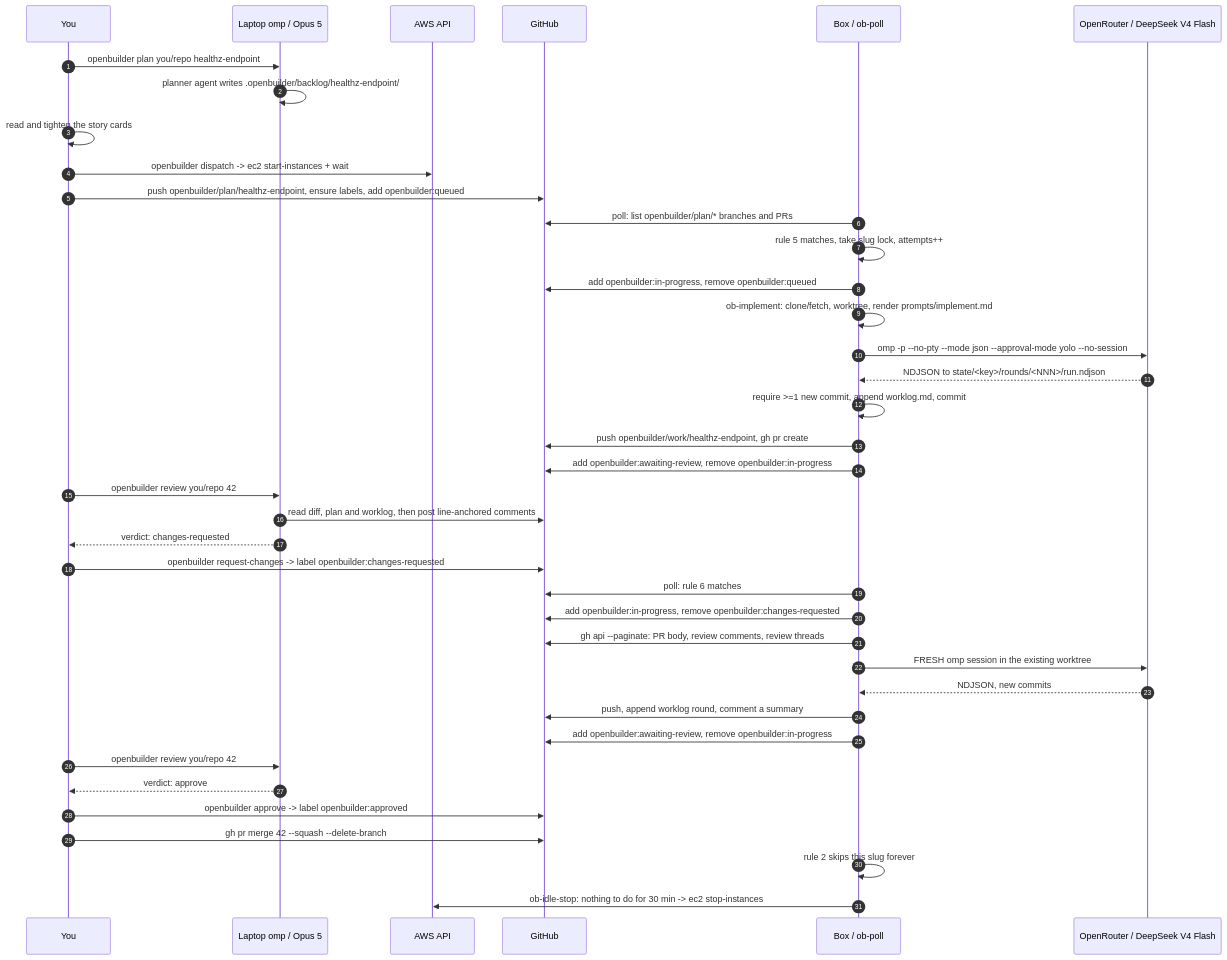
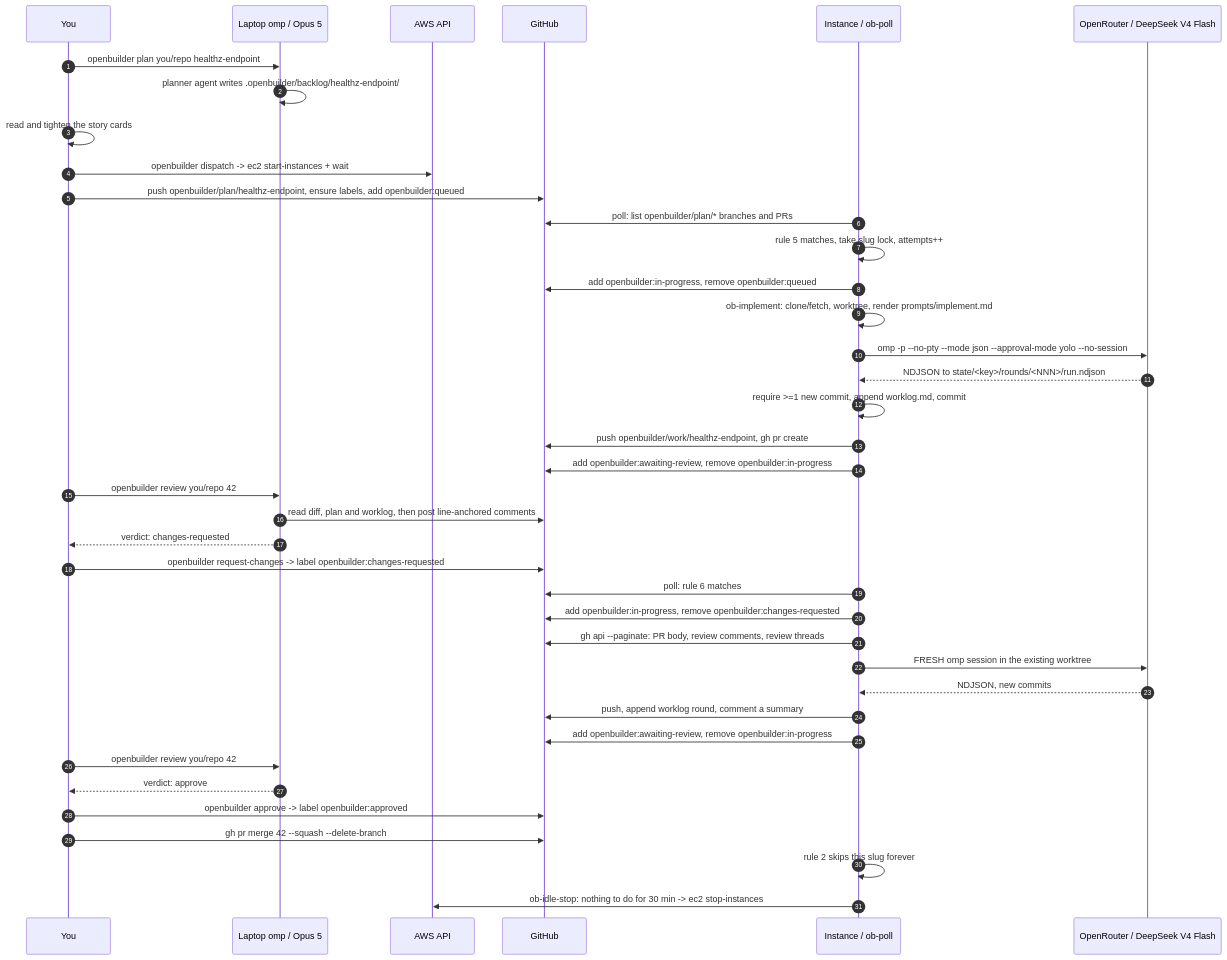
The second of 2 diagrams in docs/architecture.md (artemkurylo/openbuilder), drawn with Mermaid before and after one commit. The commit also changed other lines of this file and 33 other files, not shown here.

````diff
--- a/docs/architecture.md
+++ b/docs/architecture.md
@@ -156,42 +156,42 @@
 ```mermaid
 sequenceDiagram
     autonumber
     participant U as You
     participant L as Laptop omp / Opus 5
     participant A as AWS API
     participant G as GitHub
-    participant B as Box / ob-poll
+    participant B as Instance / ob-poll
     participant M as OpenRouter / DeepSeek V4 Flash
 
     U->>L: openbuilder plan you/repo healthz-endpoint
     L->>L: planner agent writes .openbuilder/backlog/healthz-endpoint/
     U->>U: read and tighten the story cards
     U->>A: openbuilder dispatch -> ec2 start-instances + wait
     U->>G: push openbuilder/plan/healthz-endpoint, ensure labels, add openbuilder:queued
     B->>G: poll: list openbuilder/plan/* branches and PRs
     B->>B: rule 5 matches, take slug lock, attempts++
     B->>G: add openbuilder:in-progress, remove openbuilder:queued
     B->>B: ob-implement: clone/fetch, worktree, render prompts/implement.md
     B->>M: omp -p --no-pty --mode json --approval-mode yolo --no-session
     M-->>B: NDJSON to state/<key>/rounds/<NNN>/run.ndjson
     B->>B: require >=1 new commit, append worklog.md, commit
     B->>G: push openbuilder/work/healthz-endpoint, gh pr create
     B->>G: add openbuilder:awaiting-review, remove openbuilder:in-progress
     U->>L: openbuilder review you/repo 42
     L->>G: read diff, plan and worklog, then post line-anchored comments
     L-->>U: verdict: changes-requested
     U->>G: openbuilder request-changes -> label openbuilder:changes-requested
     B->>G: poll: rule 6 matches
     B->>G: add openbuilder:in-progress, remove openbuilder:changes-requested
     B->>G: gh api --paginate: PR body, review comments, review threads
     B->>M: FRESH omp session in the existing worktree
     M-->>B: NDJSON, new commits
     B->>G: push, append worklog round, comment a summary
     B->>G: add openbuilder:awaiting-review, remove openbuilder:in-progress
     U->>L: openbuilder review you/repo 42
     L-->>U: verdict: approve
     U->>G: openbuilder approve -> label openbuilder:approved
     U->>G: gh pr merge 42 --squash --delete-branch
     B->>B: rule 2 skips this slug forever
     B->>A: ob-idle-stop: nothing to do for 30 min -> ec2 stop-instances
 ```
````
